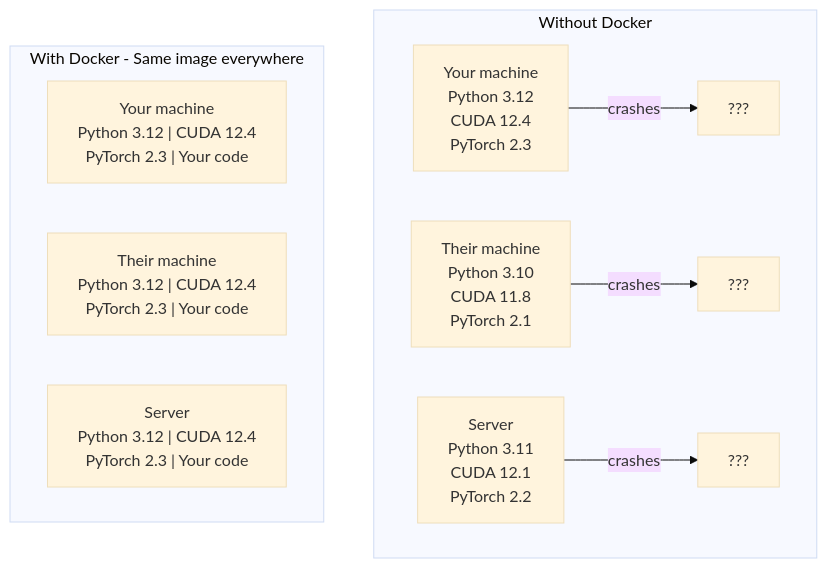
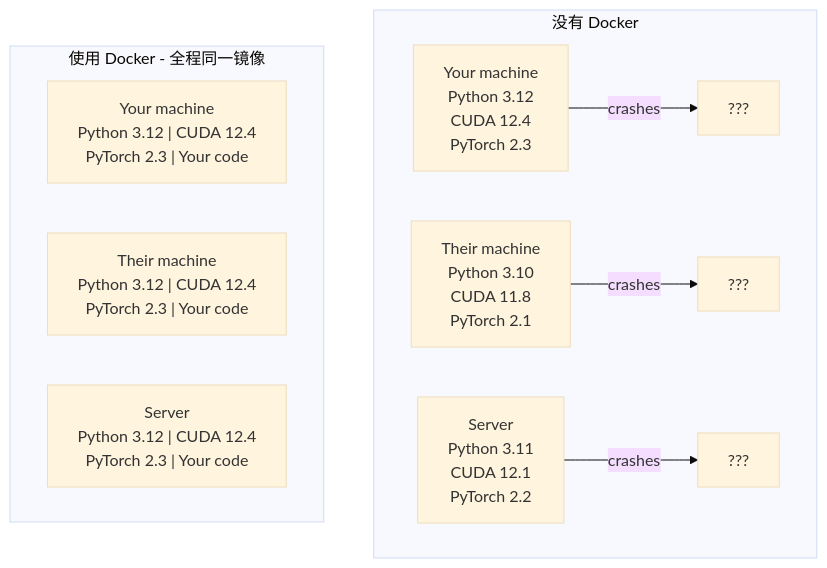
One commit to omigaZen/ai-engineering-from-scratch changed the diagram in phases/00-setup-and-tooling/07-docker-for-ai/docs/zh.md. Above: the diagram before and after it, drawn with Mermaid (base theme).

Commit message:
feat(phase-00/06): polish python environments text

````diff
--- a/phases/00-setup-and-tooling/07-docker-for-ai/docs/zh.md
+++ b/phases/00-setup-and-tooling/07-docker-for-ai/docs/zh.md
@@ -27,14 +27,14 @@
 ```mermaid
 graph TD
-    subgraph without["Without Docker"]
+    subgraph without["没有 Docker"]
         A1["Your machine<br/>Python 3.12<br/>CUDA 12.4<br/>PyTorch 2.3"] -->|crashes| X1["???"]
         A2["Their machine<br/>Python 3.10<br/>CUDA 11.8<br/>PyTorch 2.1"] -->|crashes| X2["???"]
         A3["Server<br/>Python 3.11<br/>CUDA 12.1<br/>PyTorch 2.2"] -->|crashes| X3["???"]
     end
 
-    subgraph with_docker["With Docker - Same image everywhere"]
+    subgraph with_docker["使用 Docker - 全程同一镜像"]
         B1["Your machine<br/>Python 3.12 | CUDA 12.4<br/>PyTorch 2.3 | Your code"]
         B2["Their machine<br/>Python 3.12 | CUDA 12.4<br/>PyTorch 2.3 | Your code"]
         B3["Server<br/>Python 3.12 | CUDA 12.4<br/>PyTorch 2.3 | Your code"]
     end
 ```
````
